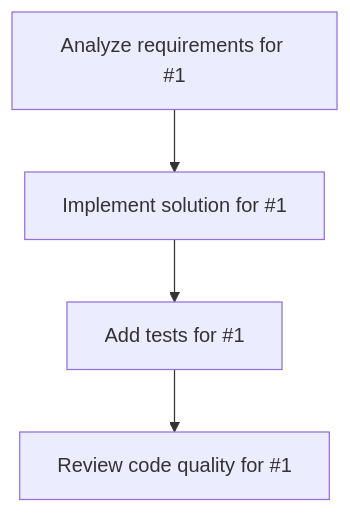
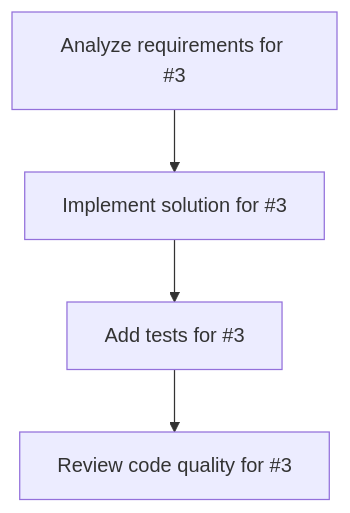
Before and after one commit to shoma-endo/lark-bot-agent: the diagram in Plans.md, drawn with Mermaid. The commit also changed other lines of this file and 8 other files, not shown here.

````diff
--- a/Plans.md
+++ b/Plans.md
@@ -96,10 +96,10 @@
 ```mermaid
 graph TD
-    task_1_analysis["Analyze requirements for #1"]
-    task_1_impl["Implement solution for #1"]
-    task_1_test["Add tests for #1"]
-    task_1_review["Review code quality for #1"]
-    task_1_analysis --> task_1_impl
-    task_1_impl --> task_1_test
-    task_1_test --> task_1_review
+    task_3_analysis["Analyze requirements for #3"]
+    task_3_impl["Implement solution for #3"]
+    task_3_test["Add tests for #3"]
+    task_3_review["Review code quality for #3"]
+    task_3_analysis --> task_3_impl
+    task_3_impl --> task_3_test
+    task_3_test --> task_3_review
 ```
````
